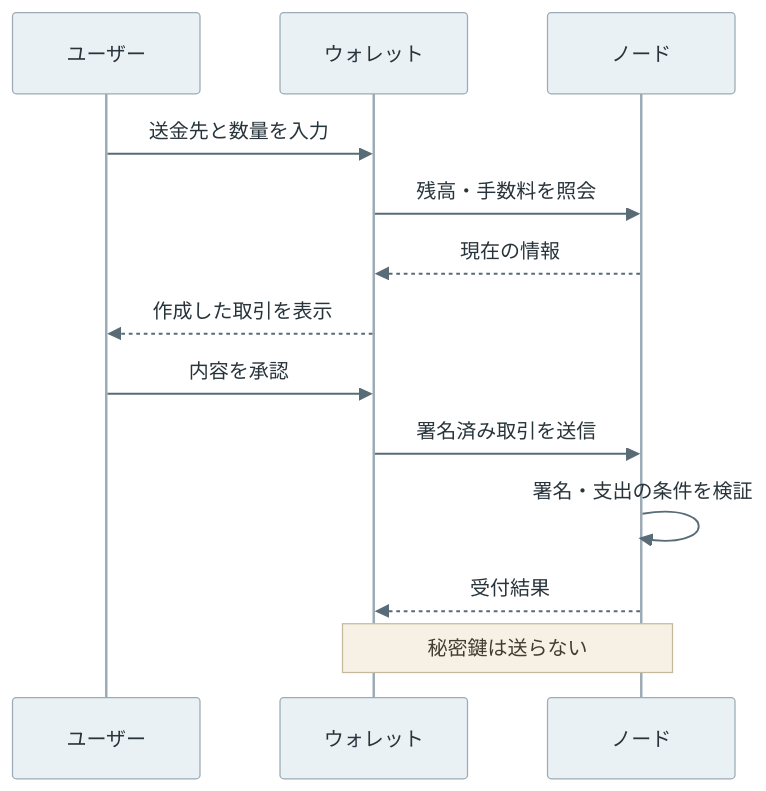
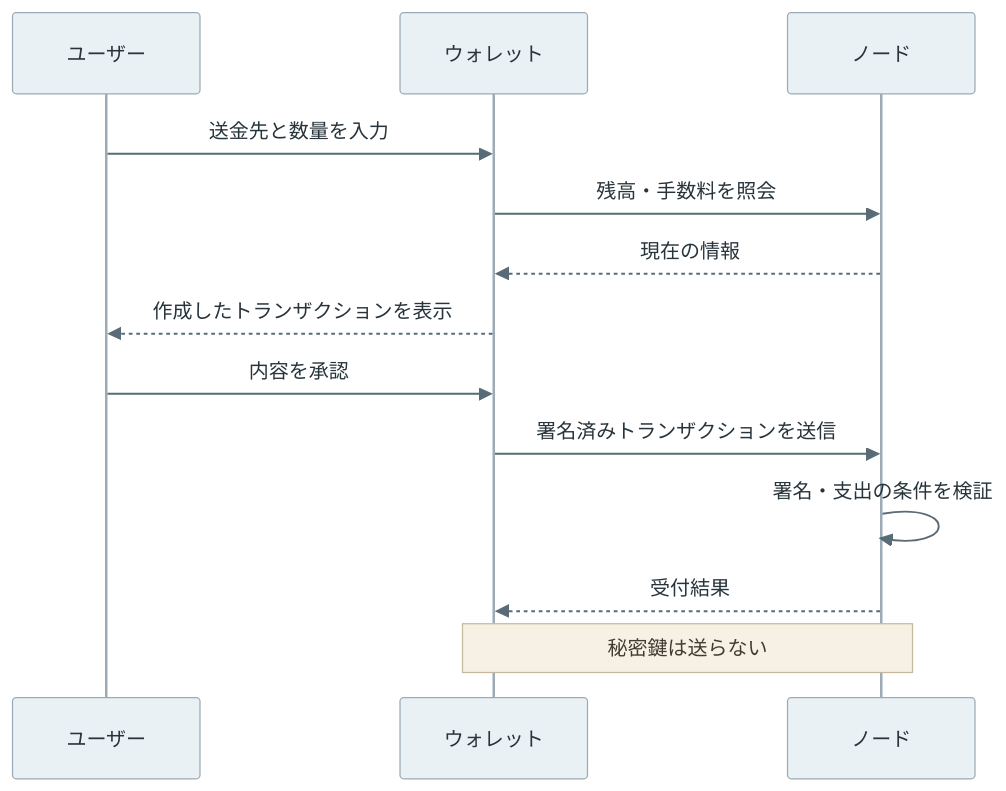
The third of 14 diagrams in content/notes/blockchain-systems/wallet/index.md (nao1215/debimate), drawn with Mermaid before and after one commit. The commit also changed other lines of this file and 129 other files, not shown here.

````diff
--- a/content/notes/blockchain-systems/wallet/index.md
+++ b/content/notes/blockchain-systems/wallet/index.md
@@ -168,16 +168,16 @@
 ```mermaid
 %%{init: {"theme":"base","themeVariables":{"primaryColor":"#eaf1f5","primaryTextColor":"#28343b","primaryBorderColor":"#9cabb5","lineColor":"#596b76","textColor":"#28343b","actorBkg":"#eaf1f5","actorBorder":"#9cabb5","actorTextColor":"#28343b","actorLineColor":"#9cabb5","signalColor":"#596b76","signalTextColor":"#28343b","noteBkgColor":"#f7f1e5","noteBorderColor":"#c5b99b","noteTextColor":"#403c32","activationBkgColor":"#edf3ef","activationBorderColor":"#9aafa1"}}}%%
 sequenceDiagram
     participant U as ユーザー
     participant W as ウォレット
     participant N as ノード
     U->>W: 送金先と数量を入力
     W->>N: 残高・手数料を照会
     N-->>W: 現在の情報
-    W-->>U: 作成した取引を表示
+    W-->>U: 作成したトランザクションを表示
     U->>W: 内容を承認
-    W->>N: 署名済み取引を送信
+    W->>N: 署名済みトランザクションを送信
     N->>N: 署名・支出の条件を検証
     N-->>W: 受付結果
     Note over W,N: 秘密鍵は送らない
 ```
````
